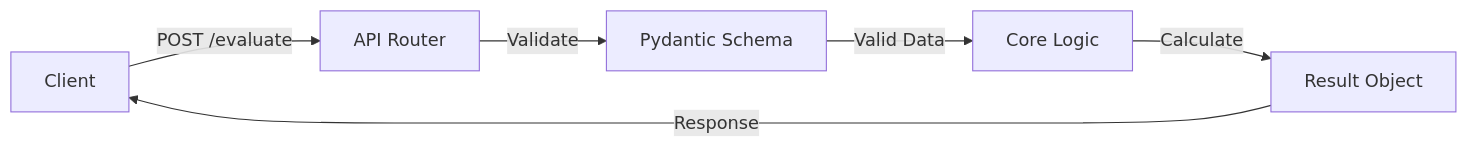
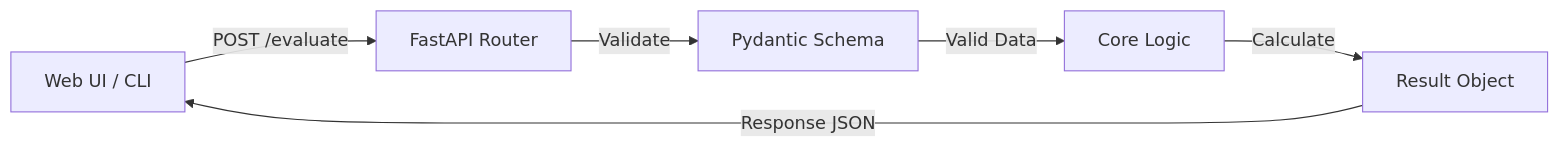
Before and after one commit to sisisa/fast-logic-trainer: the diagram in README.md, drawn with Mermaid. The commit also changed other lines of this file and 32 other files, not shown here.

````diff
--- a/README.md
+++ b/README.md
@@ -19,8 +100,8 @@
 ```mermaid
 graph LR
-    Client[Client] -->|POST /evaluate| API[API Router]
+    Client[Web UI / CLI] -->|POST /evaluate| API[FastAPI Router]
     API -->|Validate| Schema[Pydantic Schema]
     Schema -->|Valid Data| Logic[Core Logic]
     Logic -->|Calculate| Result[Result Object]
-    Result -->|Response| Client
+    Result -->|Response JSON| Client
 ```
````
